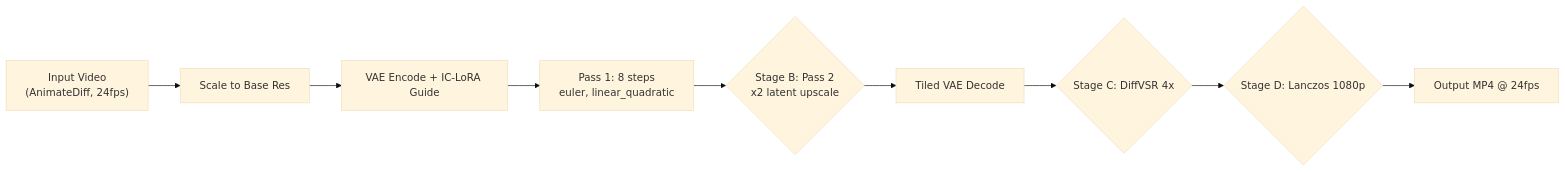
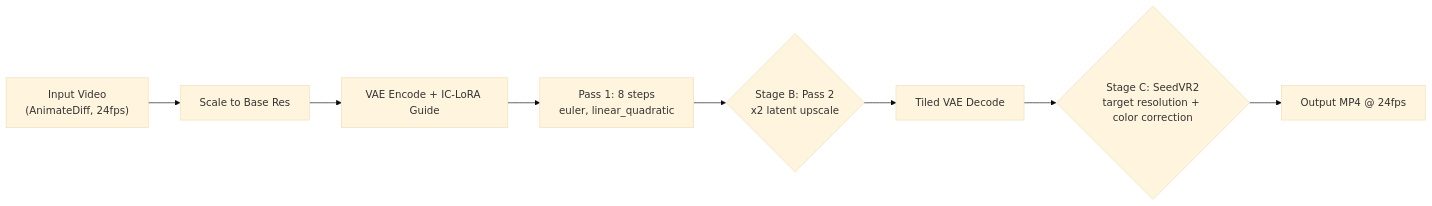
The diagram in examples/ltx23_v2v_animatediff_cleanup_README.md (alterpeace/runpod-comfy), drawn with Mermaid (base theme) before and after one commit. The commit also changed other lines of this file and 6 other files, not shown here.

````diff
--- a/examples/ltx23_v2v_animatediff_cleanup_README.md
+++ b/examples/ltx23_v2v_animatediff_cleanup_README.md
@@ -19,11 +23,10 @@
 ```mermaid
 graph LR
     A["Input Video<br/>(AnimateDiff, 24fps)"] --> B["Scale to Base Res"]
     B --> C["VAE Encode + IC-LoRA Guide"]
     C --> D["Pass 1: 8 steps<br/>euler, linear_quadratic"]
     D --> E{"Stage B: Pass 2<br/>x2 latent upscale"}
     E --> F["Tiled VAE Decode"]
-    F --> G{"Stage C: DiffVSR 4x"}
-    G --> H{"Stage D: Lanczos 1080p"}
-    H --> I["Output MP4 @ 24fps"]
+    F --> G{"Stage C: SeedVR2<br/>target resolution + color correction"}
+    G --> H["Output MP4 @ 24fps"]
 ```
````
